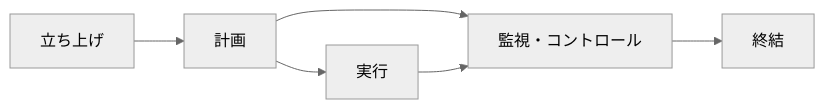
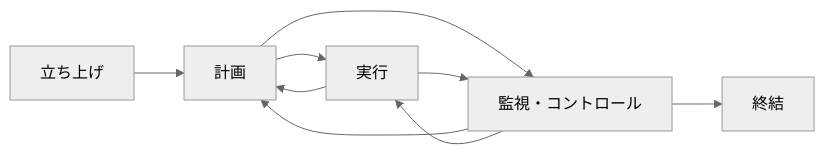
The diagram in project-management/49processes.md (nonsugar-go/study), drawn with Mermaid (neutral theme) before and after one commit.

````diff
--- a/project-management/49processes.md
+++ b/project-management/49processes.md
@@ -19,8 +19,11 @@
 ```mermaid
   flowchart LR
   A[立ち上げ] --> B[計画]
   B --> C[実行]
-  B--> D[監視・コントロール]
+  C --> B
+  B --> D[監視・コントロール]
+  D --> B
   C --> D
+  D --> C
   D --> E[終結]
 ```
````
